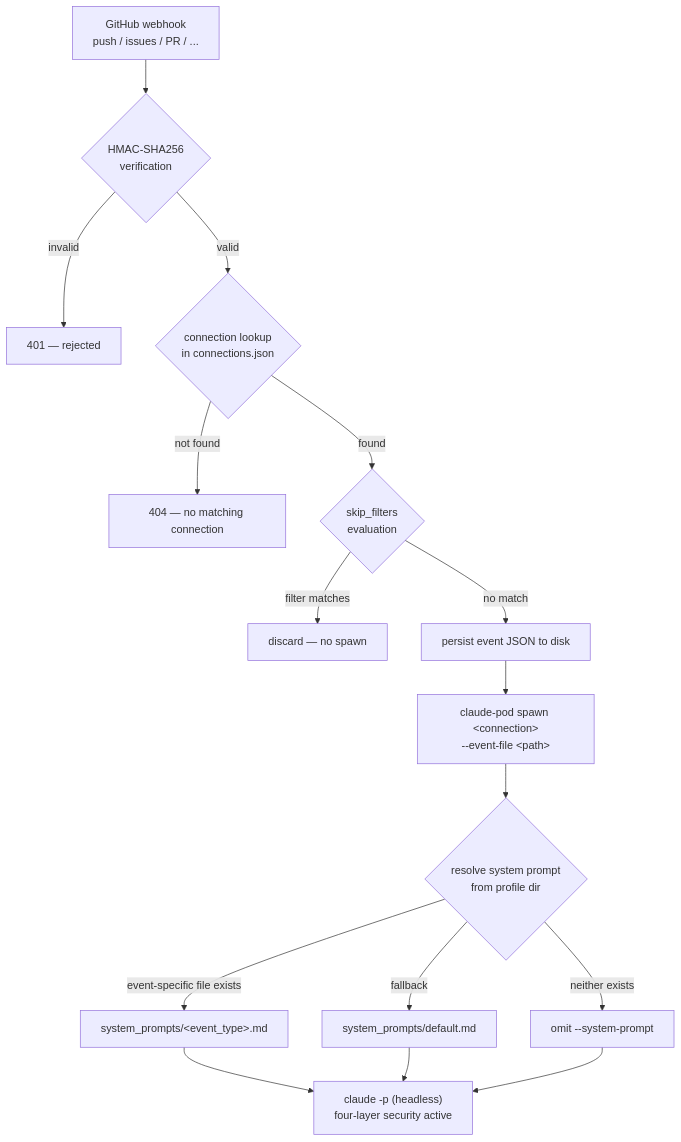
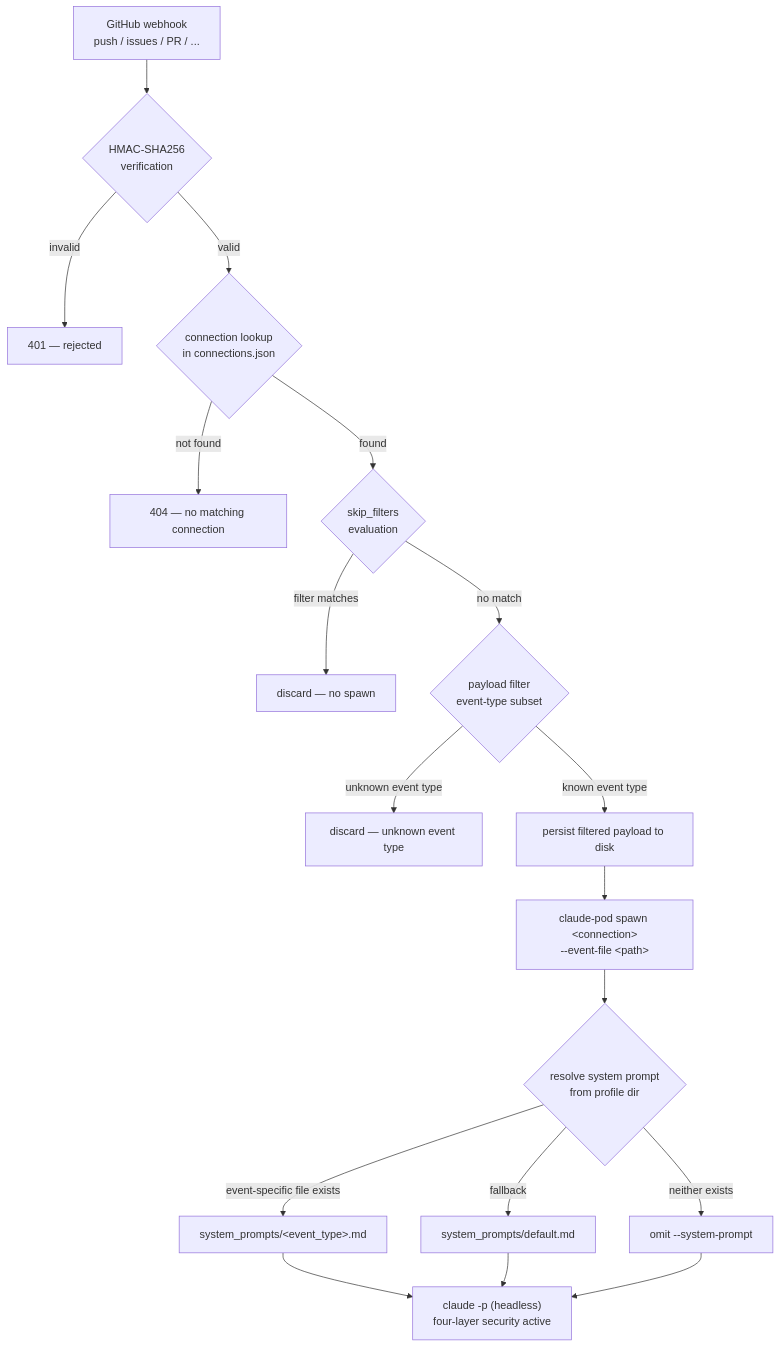
The third of 3 diagrams in ARCHITECTURE.md (llm-gourmet/claude-pod), drawn with Mermaid before and after one commit. The commit also changed other lines of this file and 3 other files, not shown here.

First line of the commit message:
[skip-claude] Add event-type-specific webhook payload filter (issue #67) (#68)

````diff
--- a/ARCHITECTURE.md
+++ b/ARCHITECTURE.md
@@ -130,30 +130,34 @@
 ```mermaid
 flowchart TD
     GH["GitHub webhook\npush / issues / PR / ..."]
     HMAC{"HMAC-SHA256\nverification"}
     HMACFail["401 — rejected"]
     Conn{"connection lookup\nin connections.json"}
     ConnFail["404 — no matching connection"]
     Filter{"skip_filters\nevaluation"}
     FilterSkip["discard — no spawn"]
-    Persist["persist event JSON to disk"]
+    PayloadFilter{"payload filter\nevent-type subset"}
+    PayloadFilterSkip["discard — unknown event type"]
+    Persist["persist filtered payload to disk"]
     Spawn["claude-pod spawn &lt;connection&gt;\n--event-file &lt;path&gt;"]
     SysPrompt{"resolve system prompt\nfrom profile dir"}
     SP1["system_prompts/&lt;event_type&gt;.md"]
     SP2["system_prompts/default.md"]
     SP3["omit --system-prompt"]
     Claude["claude -p (headless)\nfour-layer security active"]
 
     GH --> HMAC
     HMAC -->|invalid| HMACFail
     HMAC -->|valid| Conn
     Conn -->|not found| ConnFail
     Conn -->|found| Filter
     Filter -->|filter matches| FilterSkip
-    Filter -->|no match| Persist
+    Filter -->|no match| PayloadFilter
+    PayloadFilter -->|unknown event type| PayloadFilterSkip
+    PayloadFilter -->|known event type| Persist
     Persist --> Spawn
     Spawn --> SysPrompt
     SysPrompt -->|event-specific file exists| SP1 --> Claude
     SysPrompt -->|fallback| SP2 --> Claude
     SysPrompt -->|neither exists| SP3 --> Claude
 ```
````
